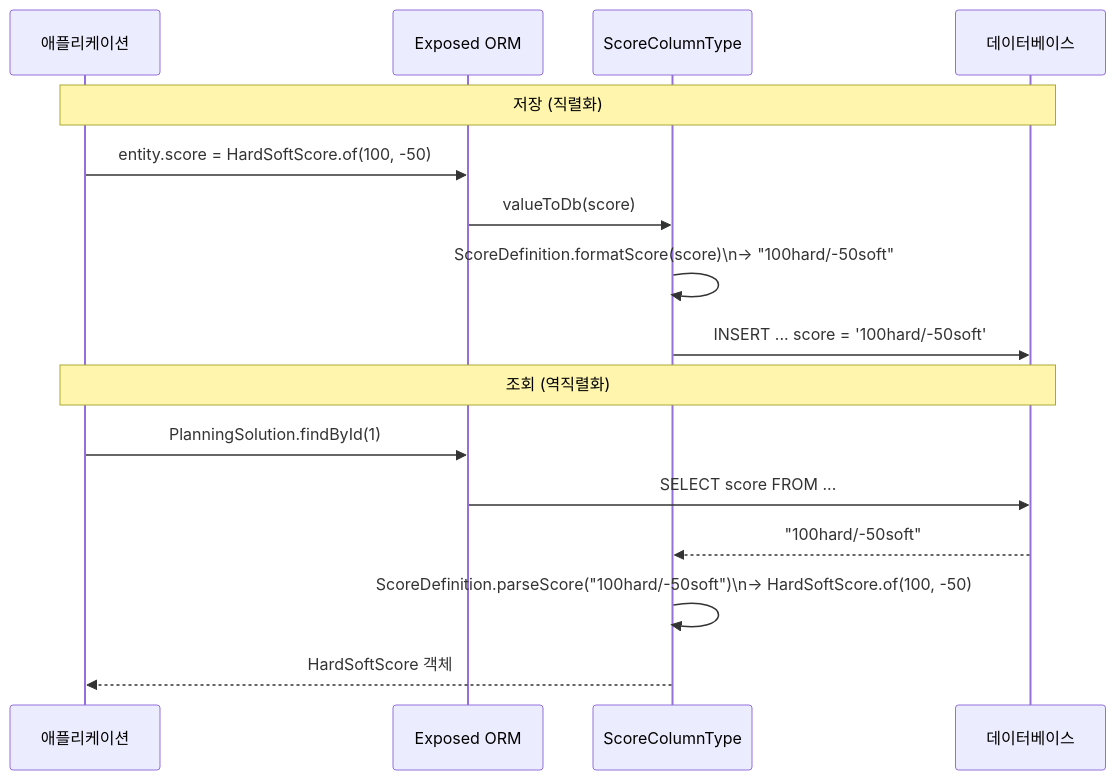
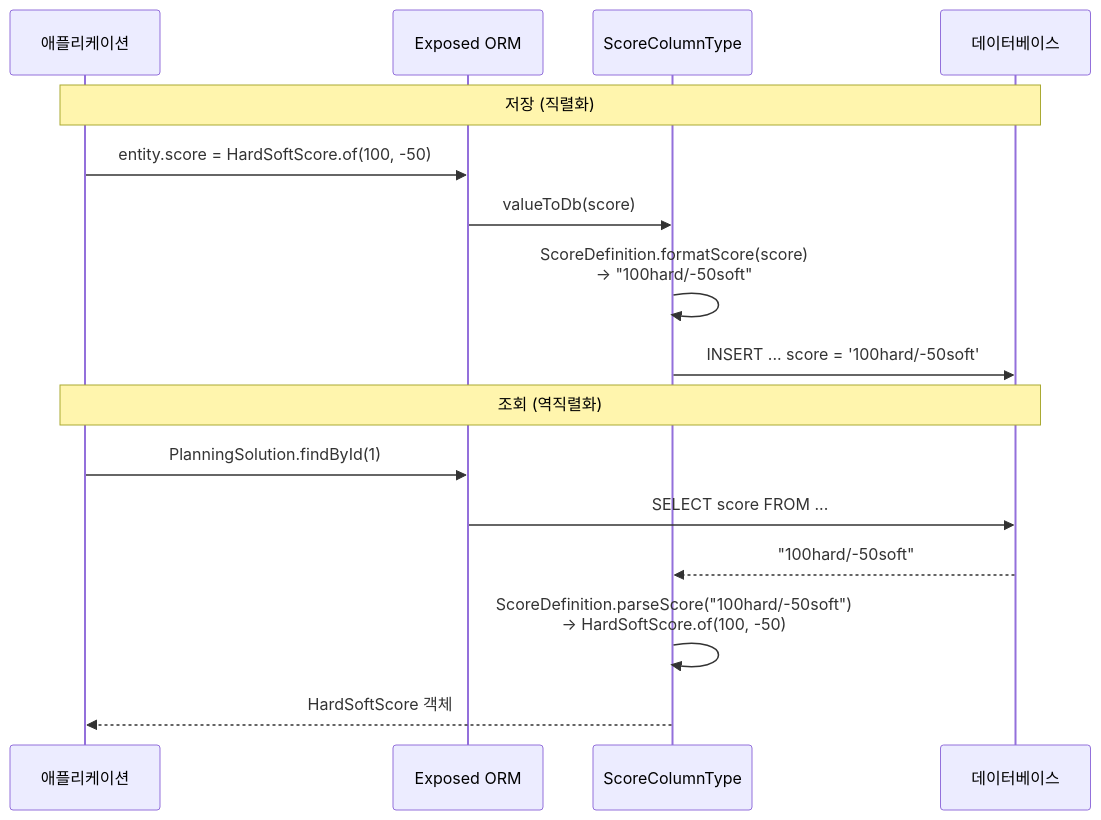
One commit to bluetape4k/bluetape4k-projects changed the second of 2 diagrams in timefold/solver-persistence-exposed/README.md. Above: the diagram before and after it, drawn with Mermaid. The commit also changed other lines of this file and 54 other files, not shown here.

Commit message:
docs: add UML and normalize Mermaid in module READMEs

````diff
--- a/timefold/solver-persistence-exposed/README.md
+++ b/timefold/solver-persistence-exposed/README.md
@@ -284,20 +284,20 @@
 ```mermaid
 sequenceDiagram
     participant APP as 애플리케이션
     participant EXP as Exposed ORM
     participant CT as ScoreColumnType
     participant DB as 데이터베이스
 
     Note over APP,DB: 저장 (직렬화)
     APP->>EXP: entity.score = HardSoftScore.of(100, -50)
     EXP->>CT: valueToDb(score)
-    CT->>CT: ScoreDefinition.formatScore(score)\n→ "100hard/-50soft"
+    CT->>CT: ScoreDefinition.formatScore(score)<br/>→ "100hard/-50soft"
     CT->>DB: INSERT ... score = '100hard/-50soft'
 
     Note over APP,DB: 조회 (역직렬화)
     APP->>EXP: PlanningSolution.findById(1)
     EXP->>DB: SELECT score FROM ...
     DB-->>CT: "100hard/-50soft"
-    CT->>CT: ScoreDefinition.parseScore("100hard/-50soft")\n→ HardSoftScore.of(100, -50)
+    CT->>CT: ScoreDefinition.parseScore("100hard/-50soft")<br/>→ HardSoftScore.of(100, -50)
     CT-->>APP: HardSoftScore 객체
 ```
````
